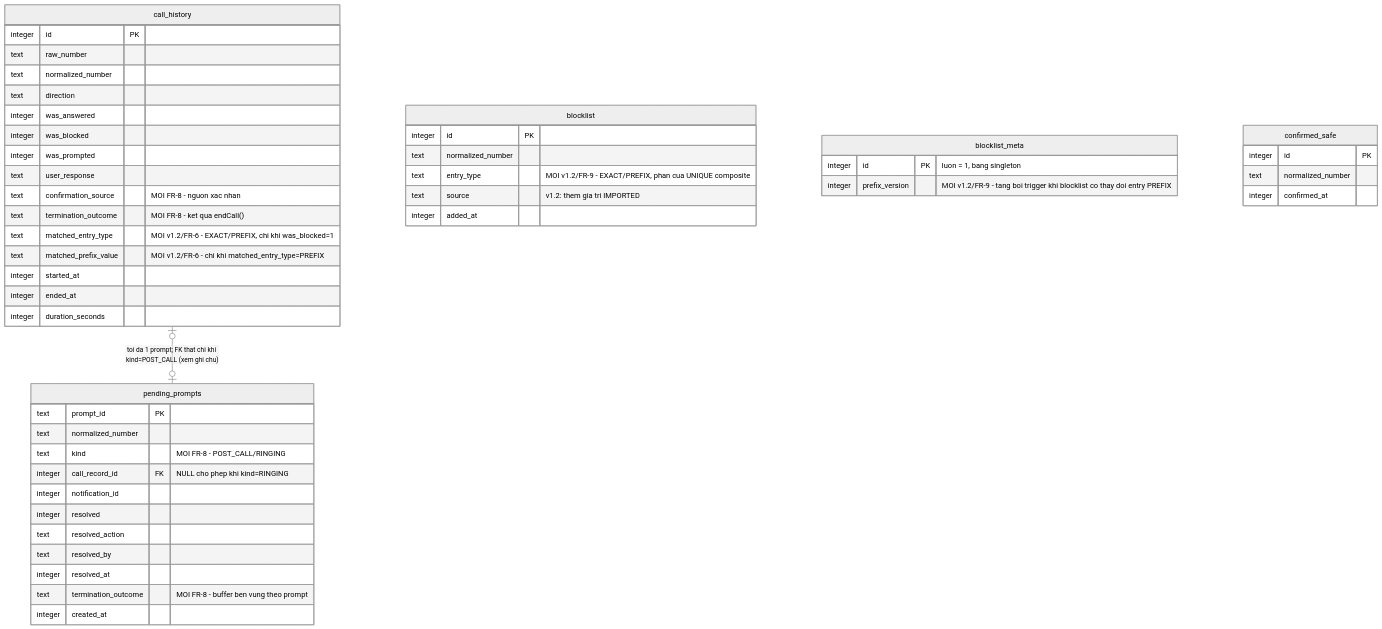
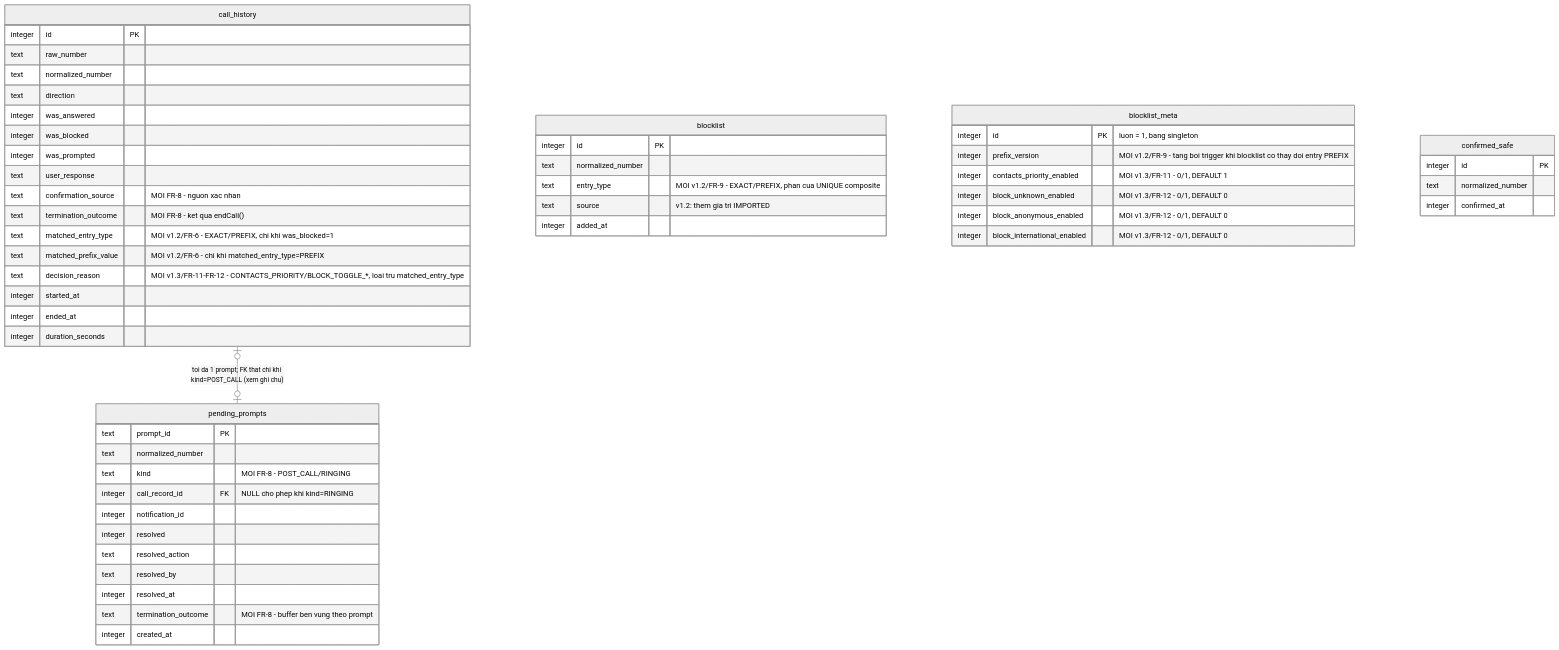
The diagram in docs/design/ERD-SafeCall-Phase1.md (hadv-vn/SafeCall), drawn with Mermaid (neutral theme) before and after one commit. The commit also changed other lines of this file and 29 other files, not shown here.

````diff
--- a/docs/design/ERD-SafeCall-Phase1.md
+++ b/docs/design/ERD-SafeCall-Phase1.md
@@ -48,55 +54,60 @@
 ```mermaid
 erDiagram
   call_history o|--o| pending_prompts : "toi da 1 prompt; FK that chi khi kind=POST_CALL (xem ghi chu)"
 
   call_history {
     integer id PK
     text raw_number
     text normalized_number
     text direction
     integer was_answered
     integer was_blocked
     integer was_prompted
     text user_response
     text confirmation_source "MOI FR-8 - nguon xac nhan"
     text termination_outcome "MOI FR-8 - ket qua endCall()"
     text matched_entry_type "MOI v1.2/FR-6 - EXACT/PREFIX, chi khi was_blocked=1"
     text matched_prefix_value "MOI v1.2/FR-6 - chi khi matched_entry_type=PREFIX"
+    text decision_reason "MOI v1.3/FR-11-FR-12 - CONTACTS_PRIORITY/BLOCK_TOGGLE_*, loai tru matched_entry_type"
     integer started_at
     integer ended_at
     integer duration_seconds
   }
 
   pending_prompts {
     text prompt_id PK
     text normalized_number
     text kind "MOI FR-8 - POST_CALL/RINGING"
     integer call_record_id FK "NULL cho phep khi kind=RINGING"
     integer notification_id
     integer resolved
     text resolved_action
     text resolved_by
     integer resolved_at
     text termination_outcome "MOI FR-8 - buffer ben vung theo prompt"
     integer created_at
   }
 
   blocklist {
     integer id PK
     text normalized_number
     text entry_type "MOI v1.2/FR-9 - EXACT/PREFIX, phan cua UNIQUE composite"
     text source "v1.2: them gia tri IMPORTED"
     integer added_at
   }
 
   blocklist_meta {
     integer id PK "luon = 1, bang singleton"
     integer prefix_version "MOI v1.2/FR-9 - tang boi trigger khi blocklist co thay doi entry PREFIX"
+    integer contacts_priority_enabled "MOI v1.3/FR-11 - 0/1, DEFAULT 1"
+    integer block_unknown_enabled "MOI v1.3/FR-12 - 0/1, DEFAULT 0"
+    integer block_anonymous_enabled "MOI v1.3/FR-12 - 0/1, DEFAULT 0"
+    integer block_international_enabled "MOI v1.3/FR-12 - 0/1, DEFAULT 0"
   }
 
   confirmed_safe {
     integer id PK
     text normalized_number
     integer confirmed_at
   }
 ```
````
